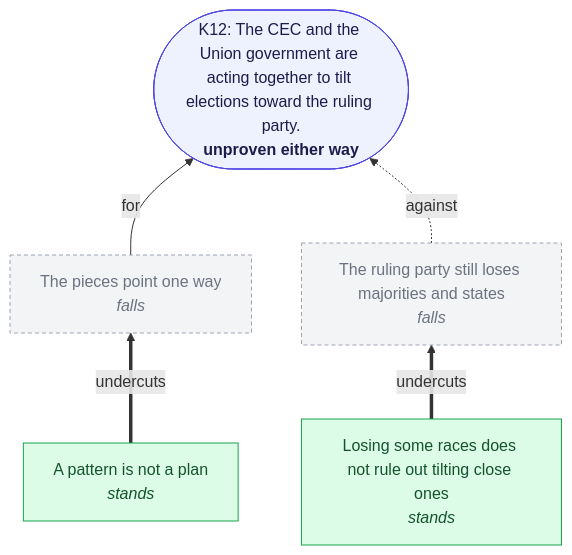
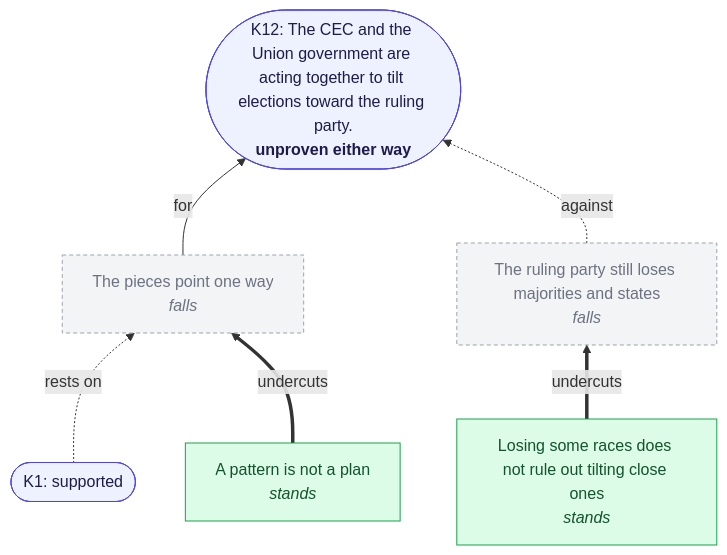
Diagram 12 of 12 in claims/cec-government-elections/graph.md (smarchone/deliberation-core), drawn with Mermaid before and after one commit. The commit also changed other lines of this file and 13 other files, not shown here.

First line of the commit message:
Link parts: evidence can rest on another part's result

````diff
--- a/claims/cec-government-elections/graph.md
+++ b/claims/cec-government-elections/graph.md
@@ -213,17 +213,19 @@
 ```mermaid
 flowchart BT
   K12(["K12: The CEC and the Union government are acting together to tilt elections toward the ruling party.<br/><b>unproven either way</b>"]):::part
   K12_P1["The pieces point one way<br/><i>falls</i>"]:::falls
   K12_C1["The ruling party still loses majorities and states<br/><i>falls</i>"]:::falls
   K12_O1["A pattern is not a plan<br/><i>stands</i>"]:::stands
   K12_O2["Losing some races does not rule out tilting close ones<br/><i>stands</i>"]:::stands
   K12_P1 -->|for| K12
   K12_C1 -.->|against| K12
+  link_K1(["K1: supported"]):::part
+  link_K1 -.->|rests on| K12_P1
   K12_O1 ==>|undercuts| K12_P1
   K12_O2 ==>|undercuts| K12_C1
   classDef part fill:#eef2ff,stroke:#4f46e5,color:#1e1b4b
   classDef stands fill:#dcfce7,stroke:#16a34a,color:#14532d
   classDef falls fill:#f3f4f6,stroke:#9ca3af,color:#6b7280,stroke-dasharray:4 3
   classDef open fill:#fef3c7,stroke:#d97706,color:#78350f
   classDef unchecked fill:#ffffff,stroke:#9ca3af,color:#374151
 ```
````
